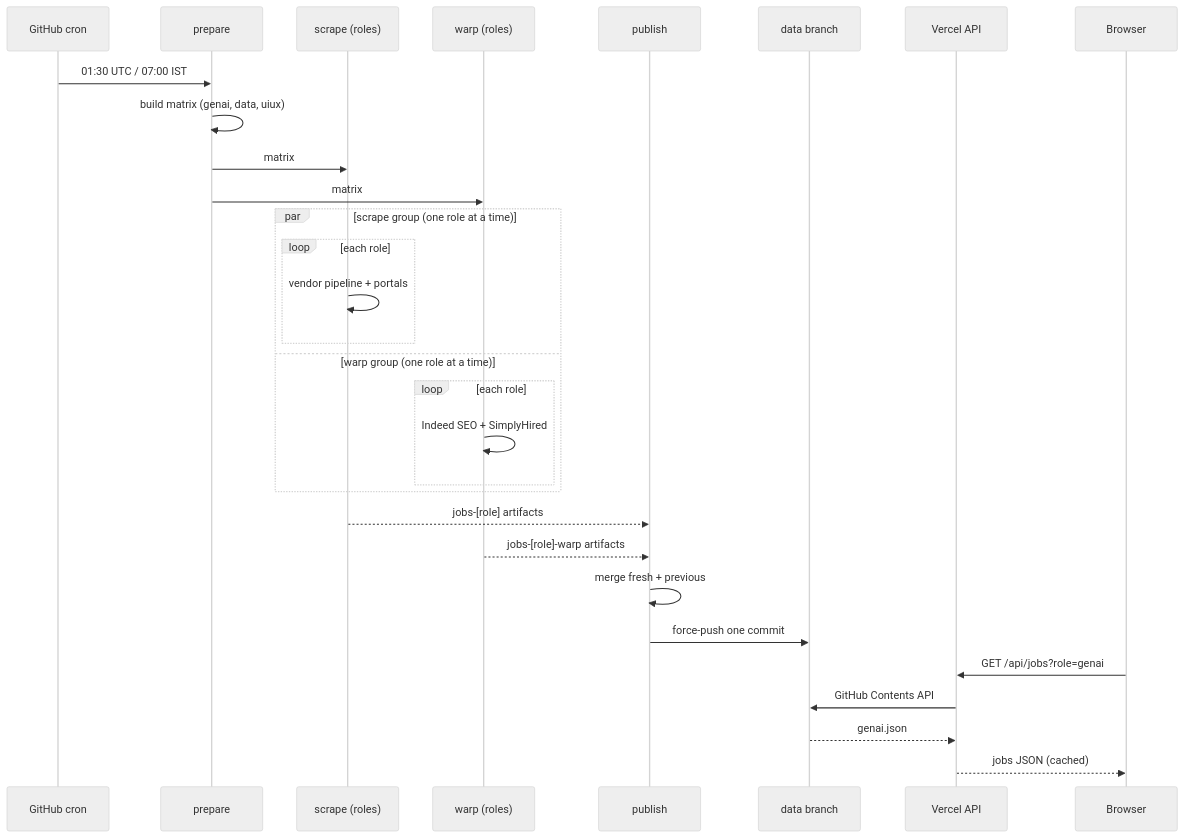
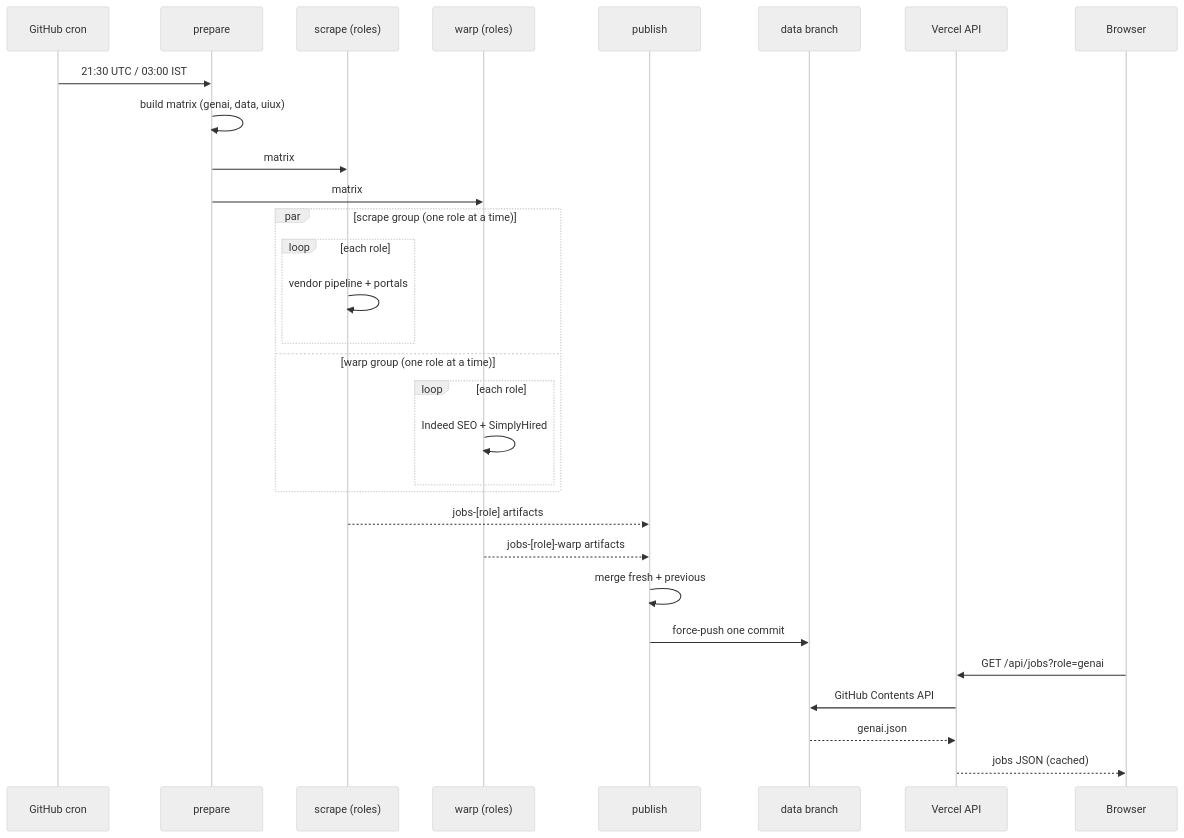
One commit to Dilip457/jobhunt-hub changed the second of 3 diagrams in docs/ARCHITECTURE.md. Above: the diagram before and after it, drawn with Mermaid (neutral theme). The commit also changed other lines of this file and 4 other files, not shown here.

````diff
--- a/docs/ARCHITECTURE.md
+++ b/docs/ARCHITECTURE.md
@@ -257,35 +257,35 @@
 ```mermaid
 sequenceDiagram
     participant Cron as GitHub cron
     participant Prep as prepare
     participant Scrape as scrape (roles)
     participant Warp as warp (roles)
     participant Pub as publish
     participant Data as data branch
     participant Vercel as Vercel API
     participant User as Browser
 
-    Cron->>Prep: 01:30 UTC / 07:00 IST
+    Cron->>Prep: 21:30 UTC / 03:00 IST
     Prep->>Prep: build matrix (genai, data, uiux)
     Prep->>Scrape: matrix
     Prep->>Warp: matrix
 
     par scrape group (one role at a time)
         loop each role
             Scrape->>Scrape: vendor pipeline + portals
         end
     and warp group (one role at a time)
         loop each role
             Warp->>Warp: Indeed SEO + SimplyHired
         end
     end
 
     Scrape-->>Pub: jobs-[role] artifacts
     Warp-->>Pub: jobs-[role]-warp artifacts
     Pub->>Pub: merge fresh + previous
     Pub->>Data: force-push one commit
     User->>Vercel: GET /api/jobs?role=genai
     Vercel->>Data: GitHub Contents API
     Data-->>Vercel: genai.json
     Vercel-->>User: jobs JSON (cached)
 ```
````
